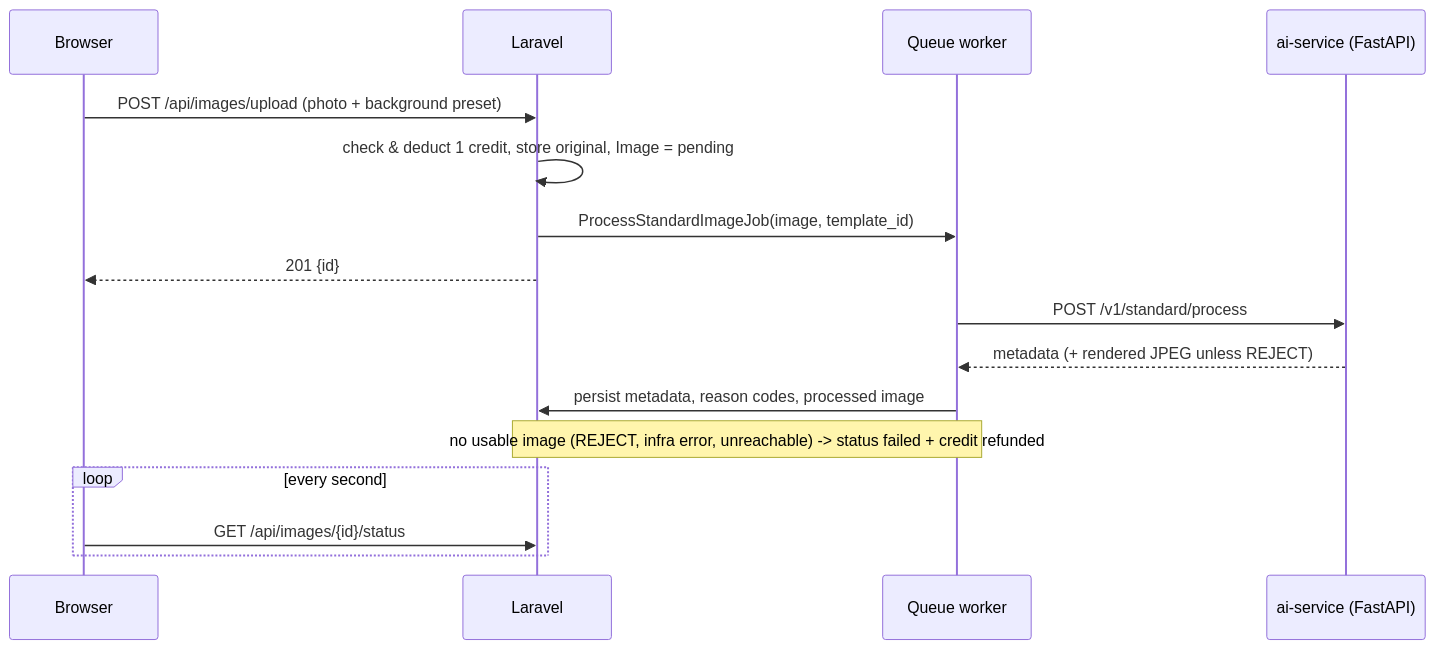
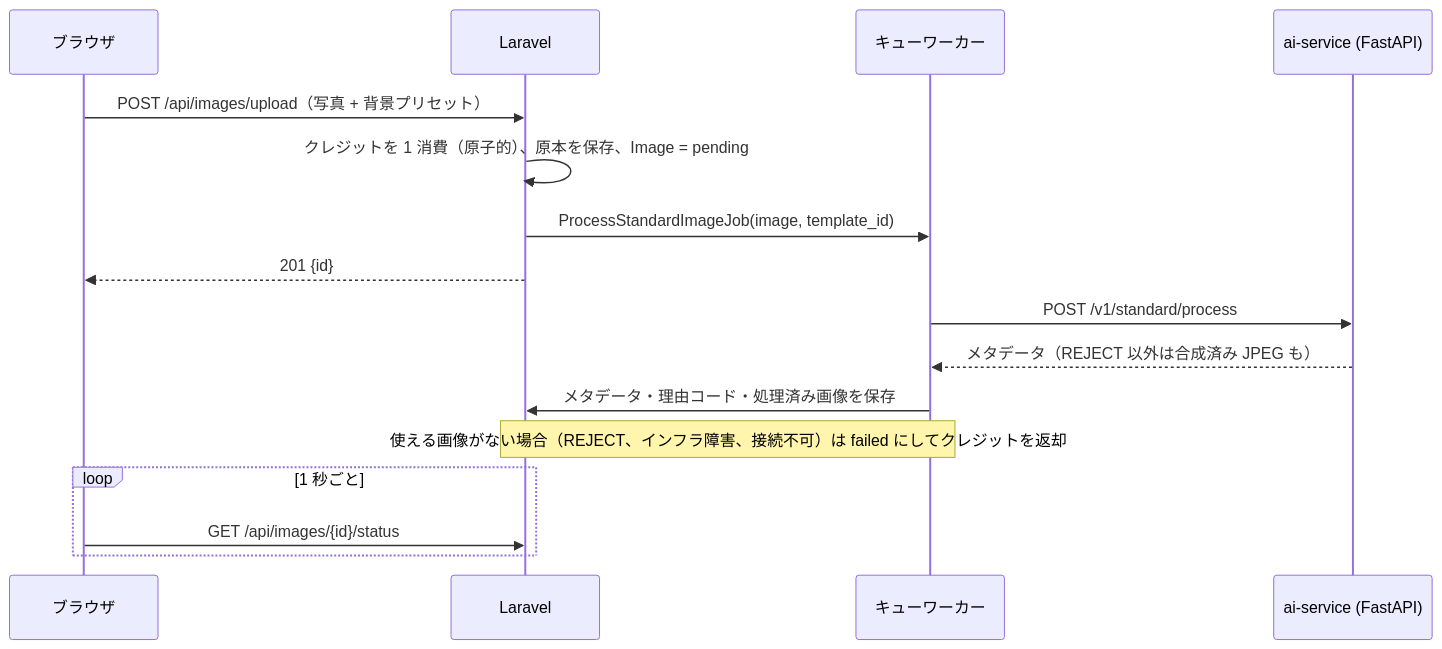
Before and after one commit to doromi22/menu-ai: the diagram in README.md, drawn with Mermaid. The commit also changed other lines of this file and 18 other files, not shown here.

````diff
--- a/README.md
+++ b/README.md
@@ -13,18 +30,18 @@
 ```mermaid
 sequenceDiagram
-    participant B as Browser
+    participant B as ブラウザ
     participant L as Laravel
-    participant Q as Queue worker
+    participant Q as キューワーカー
     participant AI as ai-service (FastAPI)
-    B->>L: POST /api/images/upload (photo + background preset)
-    L->>L: check & deduct 1 credit, store original, Image = pending
+    B->>L: POST /api/images/upload（写真 + 背景プリセット）
+    L->>L: クレジットを 1 消費（原子的）、原本を保存、Image = pending
     L->>Q: ProcessStandardImageJob(image, template_id)
     L-->>B: 201 {id}
     Q->>AI: POST /v1/standard/process
-    AI-->>Q: metadata (+ rendered JPEG unless REJECT)
-    Q->>L: persist metadata, reason codes, processed image
-    Note over Q,L: no usable image (REJECT, infra error, unreachable) -> status failed + credit refunded
-    loop every second
+    AI-->>Q: メタデータ（REJECT 以外は合成済み JPEG も）
+    Q->>L: メタデータ・理由コード・処理済み画像を保存
+    Note over Q,L: 使える画像がない場合（REJECT、インフラ障害、接続不可）は failed にしてクレジットを返却
+    loop 1 秒ごと
         B->>L: GET /api/images/{id}/status
     end
 ```
````
